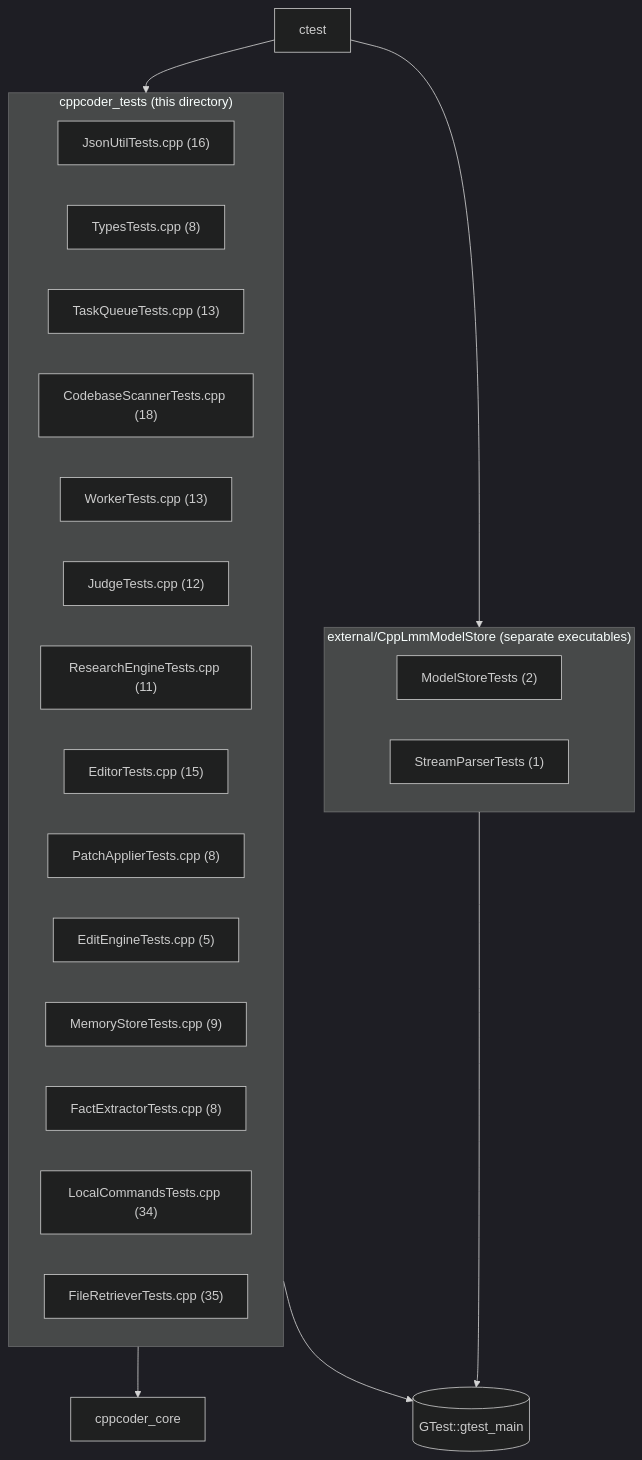
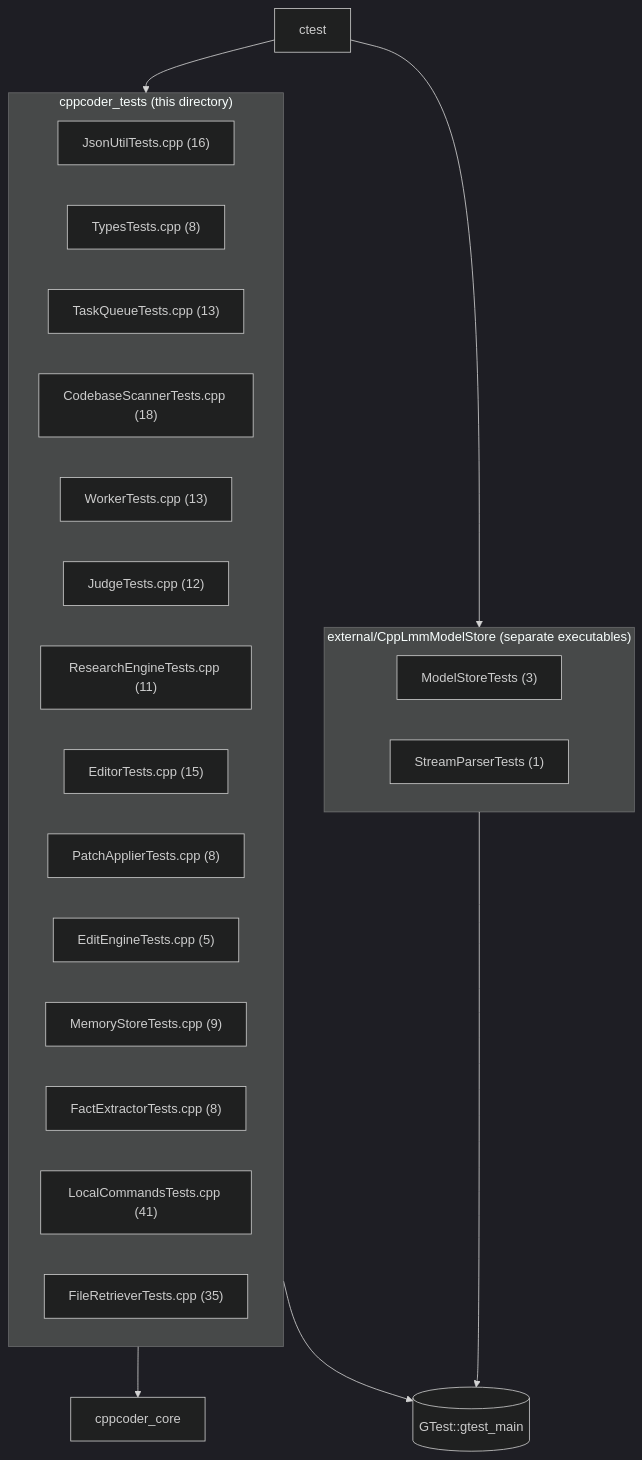
One commit to cschladetsch/CppLocalLlmCodeAssist changed the diagram in tests/README.md. Above: the diagram before and after it, drawn with Mermaid (dark theme). The commit also changed other lines of this file and 17 other files, not shown here.

````diff
--- a/tests/README.md
+++ b/tests/README.md
@@ -44,30 +44,30 @@
 ```mermaid
 flowchart TD
     subgraph exe["cppcoder_tests (this directory)"]
         JsonUtilTests["JsonUtilTests.cpp (16)"]
         TypesTests["TypesTests.cpp (8)"]
         TaskQueueTests["TaskQueueTests.cpp (13)"]
         CodebaseScannerTests["CodebaseScannerTests.cpp (18)"]
         WorkerTests["WorkerTests.cpp (13)"]
         JudgeTests["JudgeTests.cpp (12)"]
         ResearchEngineTests["ResearchEngineTests.cpp (11)"]
         EditorTests["EditorTests.cpp (15)"]
         PatchApplierTests["PatchApplierTests.cpp (8)"]
         EditEngineTests["EditEngineTests.cpp (5)"]
         MemoryStoreTests["MemoryStoreTests.cpp (9)"]
         FactExtractorTests["FactExtractorTests.cpp (8)"]
-        LocalCommandsTests["LocalCommandsTests.cpp (34)"]
+        LocalCommandsTests["LocalCommandsTests.cpp (41)"]
         FileRetrieverTests["FileRetrieverTests.cpp (35)"]
     end
     exe --> cppcoder_core
     exe --> GTest[("GTest::gtest_main")]
 
     subgraph submodule["external/CppLmmModelStore (separate executables)"]
-        ModelStoreTests["ModelStoreTests (2)"]
+        ModelStoreTests["ModelStoreTests (3)"]
         StreamParserTests["StreamParserTests (1)"]
     end
     submodule --> GTest
 
     ctest["ctest"] --> exe
     ctest --> submodule
 ```
````
